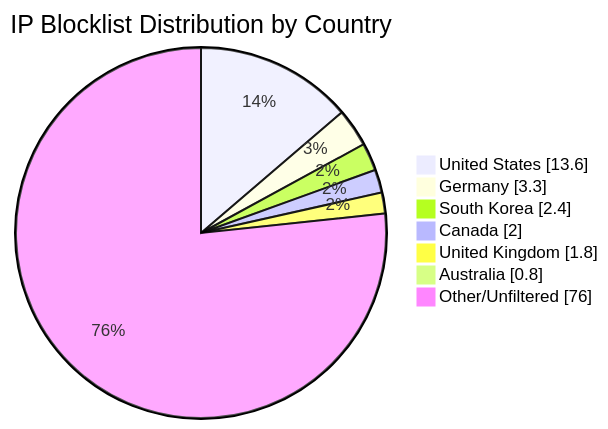
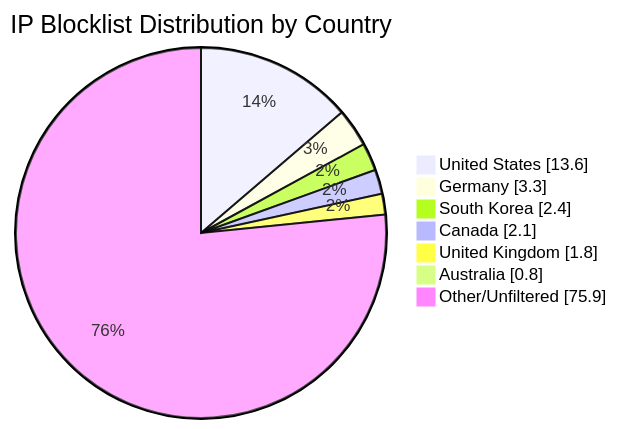
One commit to MarcusHoltz/ipblocklist-geofiltered-aggregator changed the diagram in README.md. Above: the diagram before and after it, drawn with Mermaid. The commit also changed other lines of this file and 9 other files, not shown here.

````diff
--- a/README.md
+++ b/README.md
@@ -34,10 +34,10 @@
 ```mermaid
 pie showData title IP Blocklist Distribution by Country
 "United States" : 13.6
 "Germany" : 3.3
 "South Korea" : 2.4
-"Canada" : 2.0
+"Canada" : 2.1
 "United Kingdom" : 1.8
 "Australia" : 0.8
-"Other/Unfiltered" : 76.0
+"Other/Unfiltered" : 75.9
 ```
````
